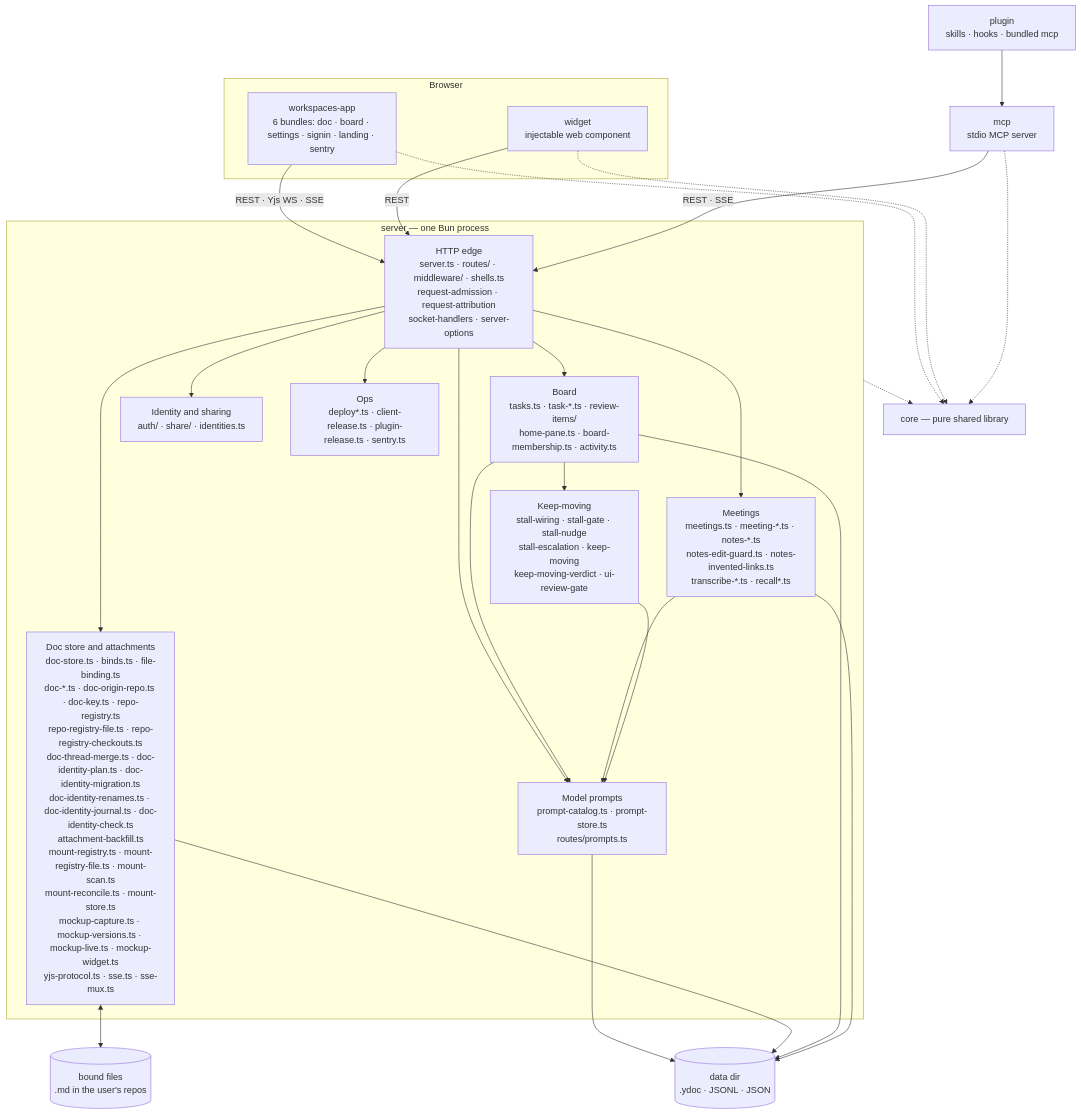
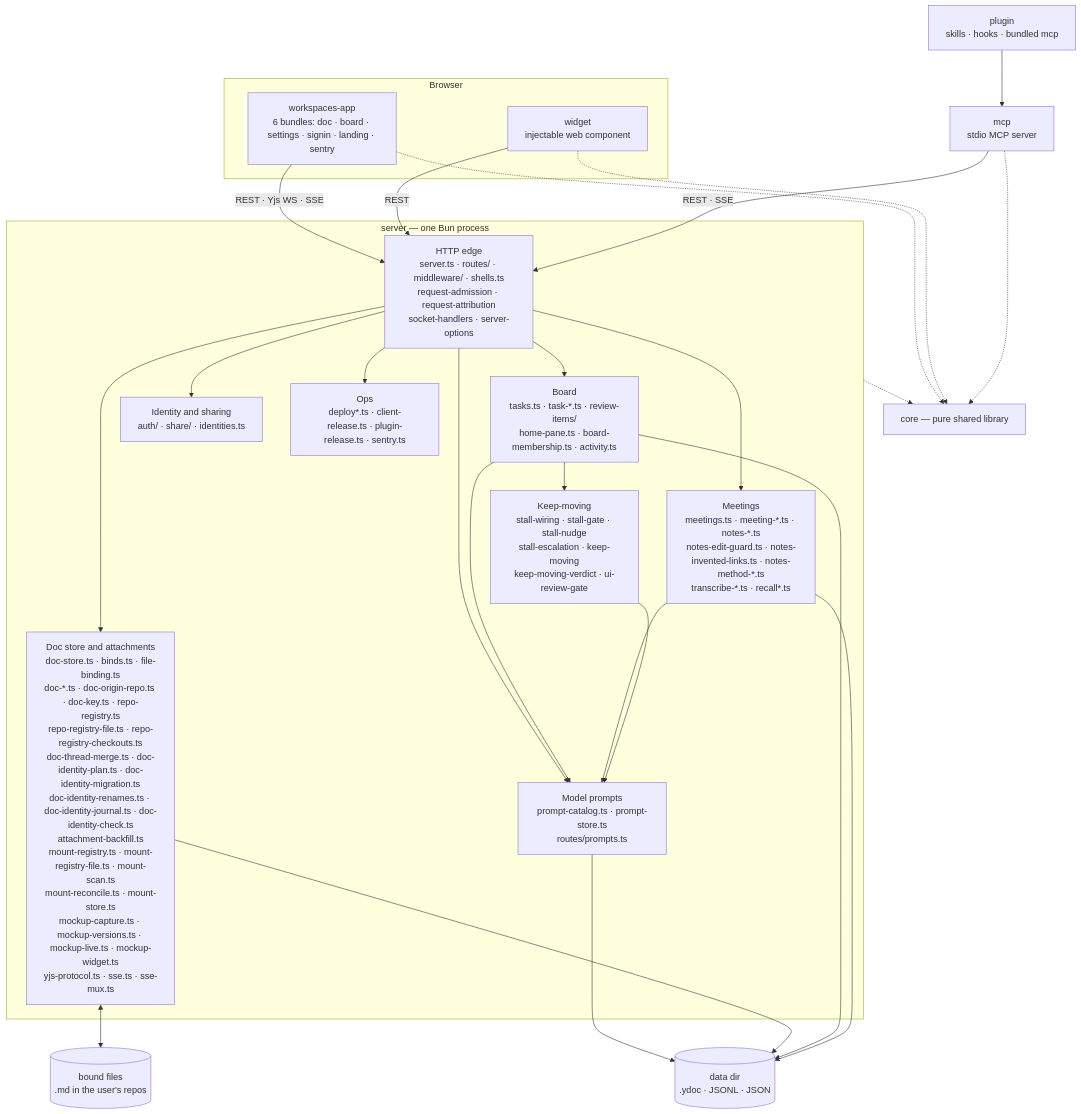
One commit to fryanpan/claude-workspaces-plugin changed the first of 2 diagrams in docs/architecture/overview.md. Above: the diagram before and after it, drawn with Mermaid. The commit also changed other lines of this file and 10 other files, not shown here.

````diff
--- a/docs/architecture/overview.md
+++ b/docs/architecture/overview.md
@@ -45,35 +45,35 @@
 ```mermaid
 flowchart TB
   subgraph browser[Browser]
     app["workspaces-app<br/>6 bundles: doc · board · settings · signin · landing · sentry"]
     wid["widget<br/>injectable web component"]
   end
   plug["plugin<br/>skills · hooks · bundled mcp"]
   mcp["mcp<br/>stdio MCP server"]
   subgraph srv["server — one Bun process"]
     edge["HTTP edge<br/>server.ts · routes/ · middleware/ · shells.ts<br/>request-admission · request-attribution<br/>socket-handlers · server-options"]
     docs["Doc store and attachments<br/>doc-store.ts · binds.ts · file-binding.ts<br/>doc-*.ts · doc-origin-repo.ts · doc-key.ts · repo-registry.ts<br/>repo-registry-file.ts · repo-registry-checkouts.ts<br/>doc-thread-merge.ts · doc-identity-plan.ts · doc-identity-migration.ts<br/>doc-identity-renames.ts · doc-identity-journal.ts · doc-identity-check.ts<br/>attachment-backfill.ts<br/>mount-registry.ts · mount-registry-file.ts · mount-scan.ts<br/>mount-reconcile.ts · mount-store.ts<br/>mockup-capture.ts · mockup-versions.ts · mockup-live.ts · mockup-widget.ts<br/>yjs-protocol.ts · sse.ts · sse-mux.ts"]
     board["Board<br/>tasks.ts · task-*.ts · review-items/<br/>home-pane.ts · board-membership.ts · activity.ts"]
-    meet["Meetings<br/>meetings.ts · meeting-*.ts · notes-*.ts<br/>notes-edit-guard.ts · notes-invented-links.ts<br/>transcribe-*.ts · recall*.ts"]
+    meet["Meetings<br/>meetings.ts · meeting-*.ts · notes-*.ts<br/>notes-edit-guard.ts · notes-invented-links.ts · notes-method-*.ts<br/>transcribe-*.ts · recall*.ts"]
     keep["Keep-moving<br/>stall-wiring · stall-gate · stall-nudge<br/>stall-escalation · keep-moving<br/>keep-moving-verdict · ui-review-gate"]
     ident["Identity and sharing<br/>auth/ · share/ · identities.ts"]
     prompts["Model prompts<br/>prompt-catalog.ts · prompt-store.ts<br/>routes/prompts.ts"]
     ops["Ops<br/>deploy*.ts · client-release.ts · plugin-release.ts · sentry.ts"]
   end
   core["core — pure shared library"]
   disk[("data dir<br/>.ydoc · JSONL · JSON")]
   files[("bound files<br/>.md in the user's repos")]
 
   app -->|"REST · Yjs WS · SSE"| edge
   wid -->|REST| edge
   plug --> mcp
   mcp -->|"REST · SSE"| edge
   edge --> docs & board & meet & ident & ops & prompts
   board & meet & keep --> prompts
   prompts --> disk
   board --> keep
   docs <--> files
   docs & board & meet --> disk
   app & wid & mcp -.-> core
   srv -.-> core
 ```
````
